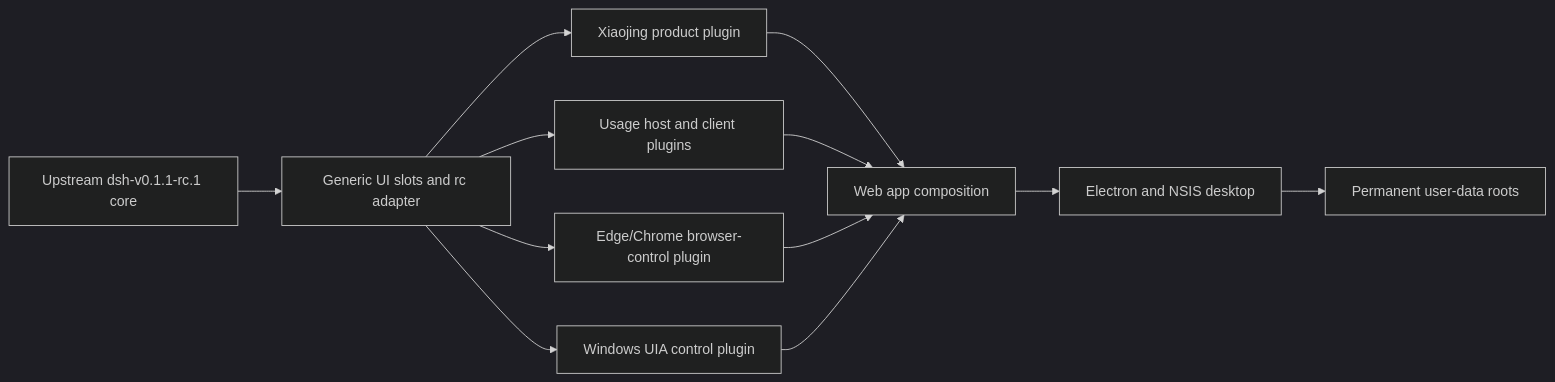
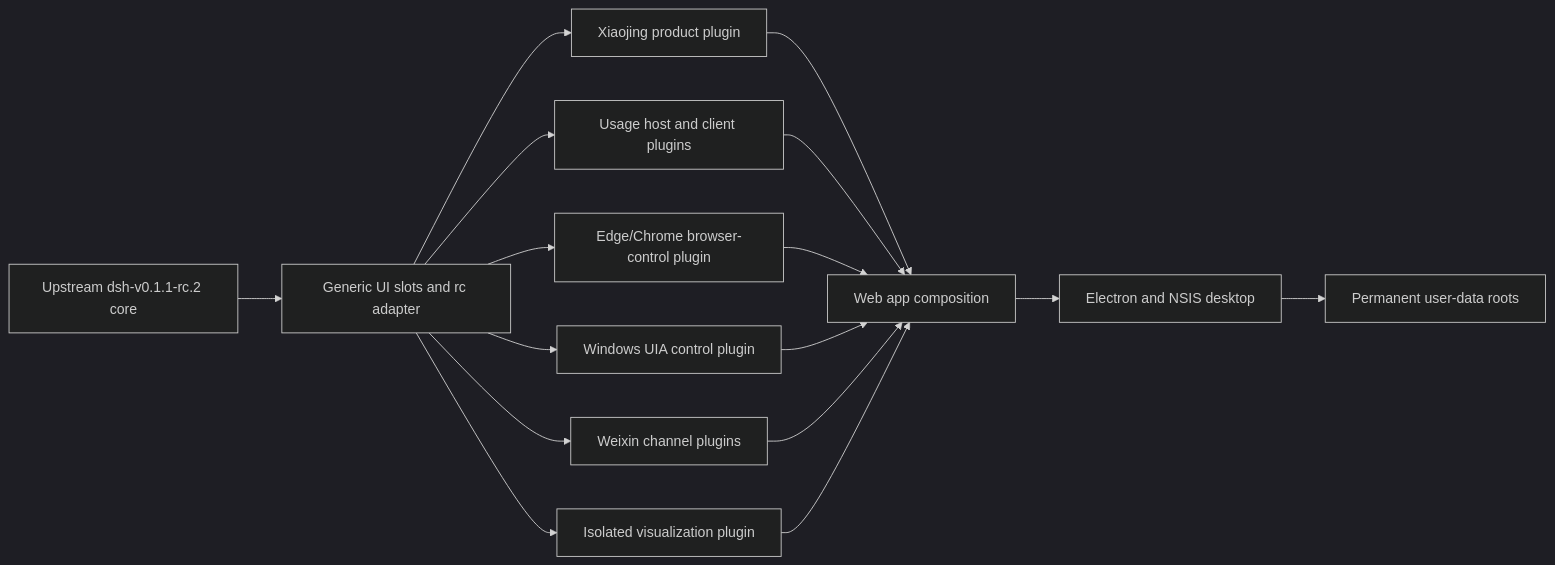
The diagram in docs/xiaojing-product-development.md (yyshi127/sudotech_agent_harness), drawn with Mermaid (dark theme) before and after one commit. The commit also changed other lines of this file and 85 other files, not shown here.

````diff
--- a/docs/xiaojing-product-development.md
+++ b/docs/xiaojing-product-development.md
@@ -30,14 +30,18 @@
 ```mermaid
 flowchart LR
-  Upstream["Upstream dsh-v0.1.1-rc.1 core"] --> Adapters["Generic UI slots and rc adapter"]
+  Upstream["Upstream dsh-v0.1.1-rc.2 core"] --> Adapters["Generic UI slots and rc adapter"]
   Adapters --> Product["Xiaojing product plugin"]
   Adapters --> Usage["Usage host and client plugins"]
   Adapters --> Browser["Edge/Chrome browser-control plugin"]
   Adapters --> Computer["Windows UIA control plugin"]
+  Adapters --> Weixin["Weixin channel plugins"]
+  Adapters --> Visualize["Isolated visualization plugin"]
   Product --> Bundle["Web app composition"]
   Usage --> Bundle
   Browser --> Bundle
   Computer --> Bundle
+  Weixin --> Bundle
+  Visualize --> Bundle
   Bundle --> Desktop["Electron and NSIS desktop"]
   Desktop --> Data["Permanent user-data roots"]
 ```
````
